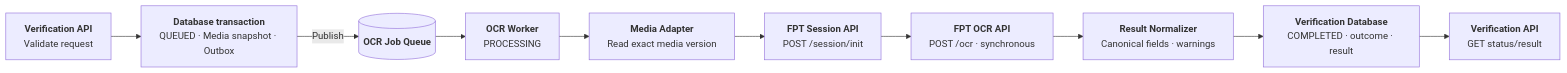
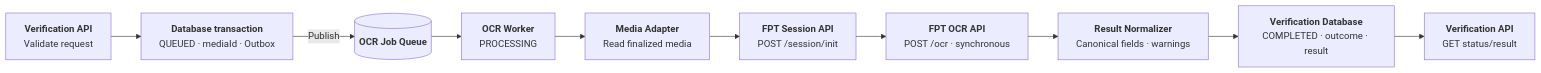
The third of 5 diagrams in noxh.md (huynv-xyz/vhm), drawn with Mermaid before and after one commit. The commit also changed other lines of this file, not shown here.

````diff
--- a/noxh.md
+++ b/noxh.md
@@ -190,26 +190,26 @@
 ```mermaid
 flowchart LR
     API["`**Verification API**
 Validate request`"]
     ACCEPT["`**Database transaction**
-QUEUED · Media snapshot · Outbox`"]
+QUEUED · mediaId · Outbox`"]
     QUEUE[("`**OCR Job Queue**`")]
     WORKER["`**OCR Worker**
 PROCESSING`"]
     READ["`**Media Adapter**
-Read exact media version`"]
+Read finalized media`"]
     INIT["`**FPT Session API**
 POST /session/init`"]
     OCR["`**FPT OCR API**
 POST /ocr · synchronous`"]
     NORMALIZE["`**Result Normalizer**
 Canonical fields · warnings`"]
     DONE["`**Verification Database**
 COMPLETED · outcome · result`"]
     STATUS["`**Verification API**
 GET status/result`"]
 
     API --> ACCEPT -->|"Publish"| QUEUE --> WORKER
     WORKER --> READ --> INIT --> OCR --> NORMALIZE --> DONE
     DONE --> STATUS
 ```
````
